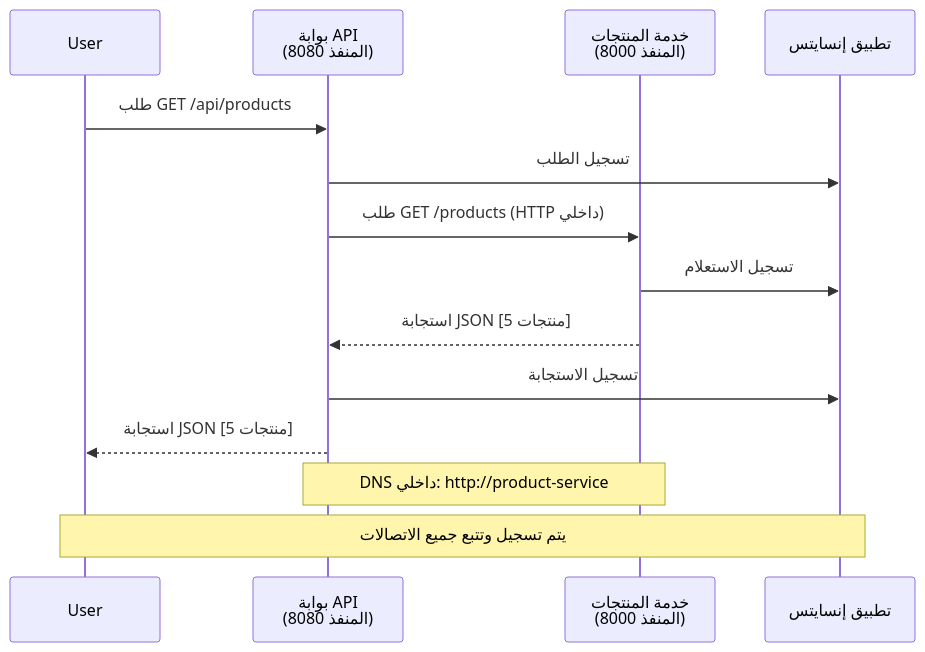
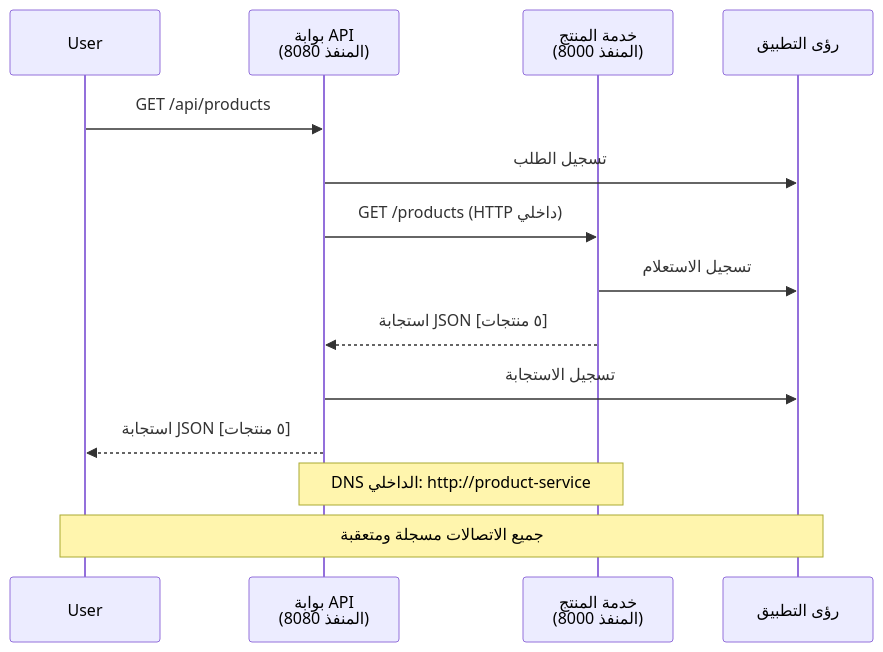
Before and after one commit to microsoft/AZD-for-beginners: the fourth of 4 diagrams in translations/ar/examples/microservices/README.md, drawn with Mermaid. The commit also changed other lines of this file and 242 other files, not shown here.

````diff
--- a/translations/ar/examples/microservices/README.md
+++ b/translations/ar/examples/microservices/README.md
@@ -432,18 +423,18 @@
 ```mermaid
 sequenceDiagram
     participant User
     participant Gateway as بوابة API<br/>(المنفذ 8080)
-    participant Product as خدمة المنتجات<br/>(المنفذ 8000)
-    participant AI as تطبيق إنسايتس
+    participant Product as خدمة المنتج<br/>(المنفذ 8000)
+    participant AI as رؤى التطبيق
     
-    User->>Gateway: طلب GET /api/products
+    User->>Gateway: GET /api/products
     Gateway->>AI: تسجيل الطلب
-    Gateway->>Product: طلب GET /products (HTTP داخلي)
+    Gateway->>Product: GET /products (HTTP داخلي)
     Product->>AI: تسجيل الاستعلام
-    Product-->>Gateway: استجابة JSON [5 منتجات]
+    Product-->>Gateway: استجابة JSON [٥ منتجات]
     Gateway->>AI: تسجيل الاستجابة
-    Gateway-->>User: استجابة JSON [5 منتجات]
+    Gateway-->>User: استجابة JSON [٥ منتجات]
     
-    Note over Gateway,Product: DNS داخلي: http://product-service
-    Note over User,AI: يتم تسجيل وتتبع جميع الاتصالات
+    Note over Gateway,Product: DNS الداخلي: http://product-service
+    Note over User,AI: جميع الاتصالات مسجلة ومتعقبة
 ```
````
